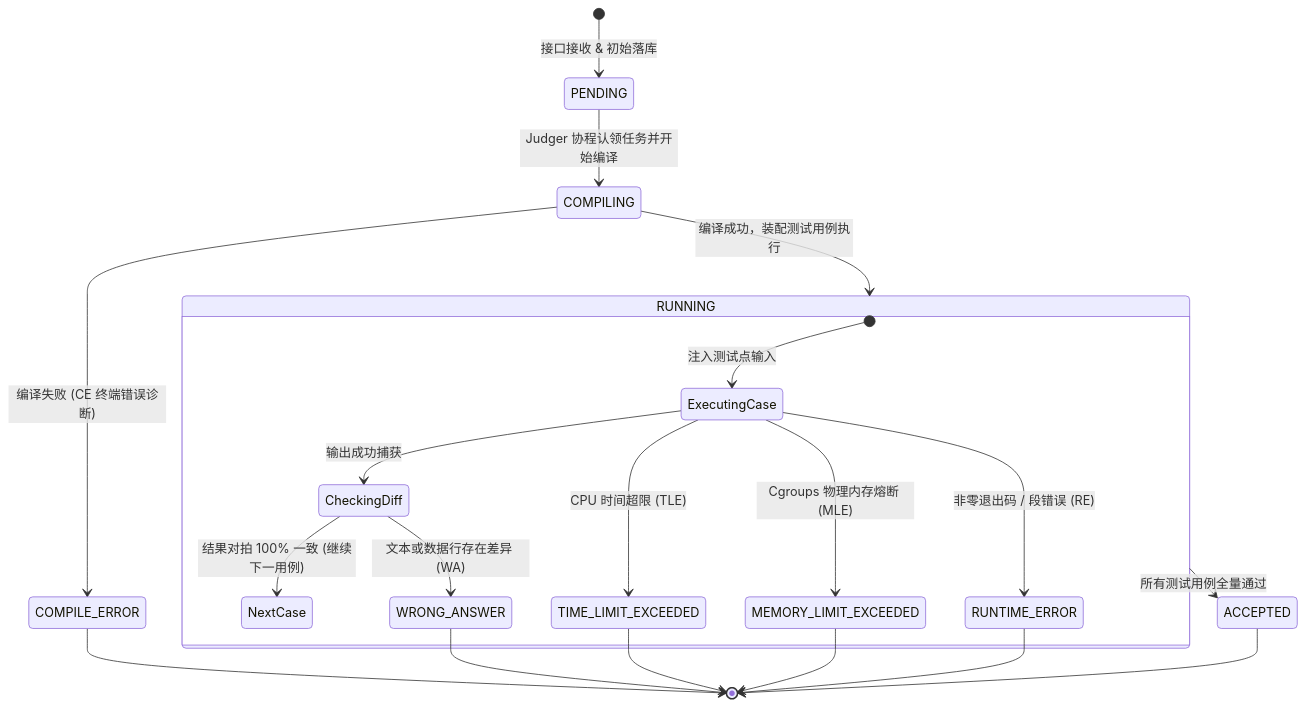
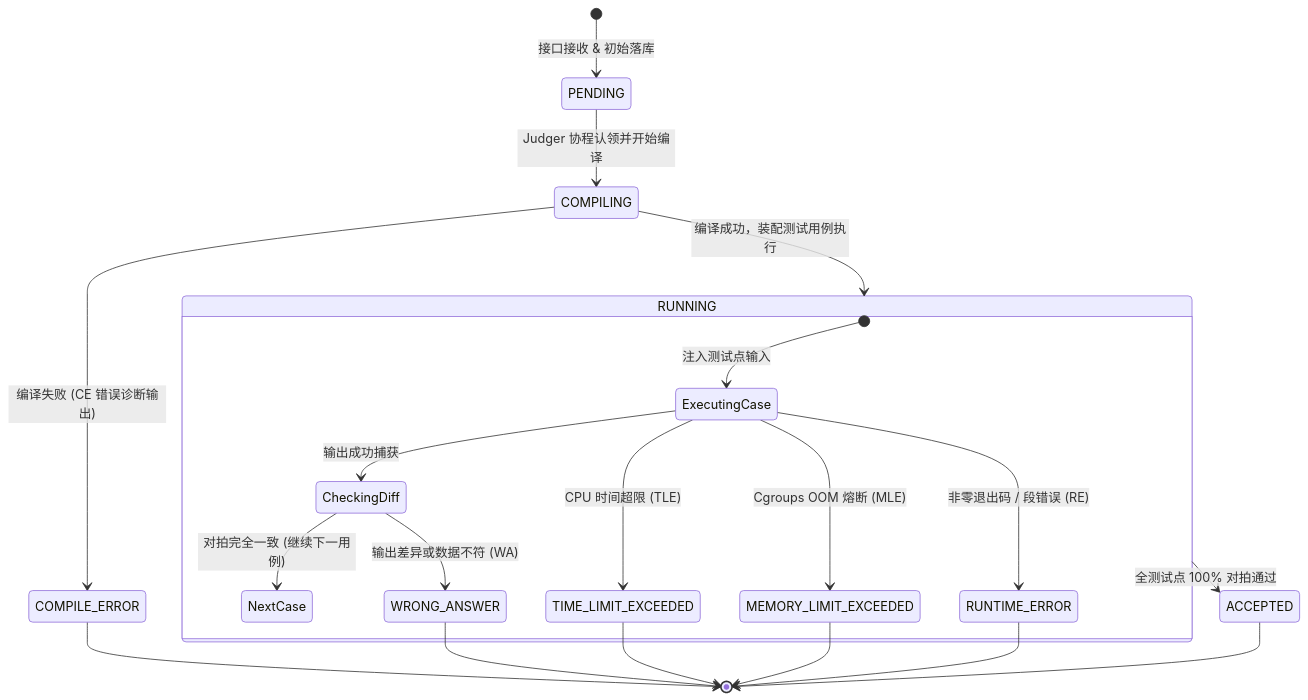
Before and after one commit to zheco68-collab/kece: the third of 3 diagrams in README.md, drawn with Mermaid. The commit also changed other lines of this file and 2 other files, not shown here.

Commit message:
docs: overhaul README with minimalist industrial design, clean typography, and legible architecture flow

````diff
--- a/README.md
+++ b/README.md
@@ -361,25 +156,25 @@
 ```mermaid
 stateDiagram-v2
     [*] --> PENDING: 接口接收 & 初始落库
-    PENDING --> COMPILING: Judger 协程认领任务并开始编译
-    COMPILING --> COMPILE_ERROR: 编译失败 (CE 终端错误诊断)
+    PENDING --> COMPILING: Judger 协程认领并开始编译
+    COMPILING --> COMPILE_ERROR: 编译失败 (CE 错误诊断输出)
     COMPILING --> RUNNING: 编译成功，装配测试用例执行
 
     state RUNNING {
         [*] --> ExecutingCase: 注入测试点输入
         ExecutingCase --> CheckingDiff: 输出成功捕获
-        CheckingDiff --> NextCase: 结果对拍 100% 一致 (继续下一用例)
-        CheckingDiff --> WRONG_ANSWER: 文本或数据行存在差异 (WA)
+        CheckingDiff --> NextCase: 对拍完全一致 (继续下一用例)
+        CheckingDiff --> WRONG_ANSWER: 输出差异或数据不符 (WA)
         ExecutingCase --> TIME_LIMIT_EXCEEDED: CPU 时间超限 (TLE)
-        ExecutingCase --> MEMORY_LIMIT_EXCEEDED: Cgroups 物理内存熔断 (MLE)
+        ExecutingCase --> MEMORY_LIMIT_EXCEEDED: Cgroups OOM 熔断 (MLE)
         ExecutingCase --> RUNTIME_ERROR: 非零退出码 / 段错误 (RE)
     }
 
-    RUNNING --> ACCEPTED: 所有测试用例全量通过
+    RUNNING --> ACCEPTED: 全测试点 100% 对拍通过
     COMPILE_ERROR --> [*]
     WRONG_ANSWER --> [*]
     TIME_LIMIT_EXCEEDED --> [*]
     MEMORY_LIMIT_EXCEEDED --> [*]
     RUNTIME_ERROR --> [*]
     ACCEPTED --> [*]
 ```
````
